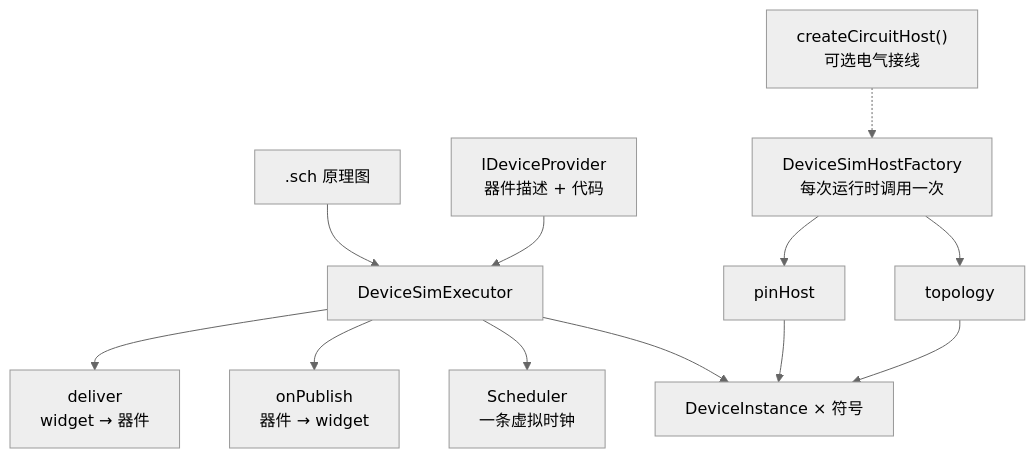
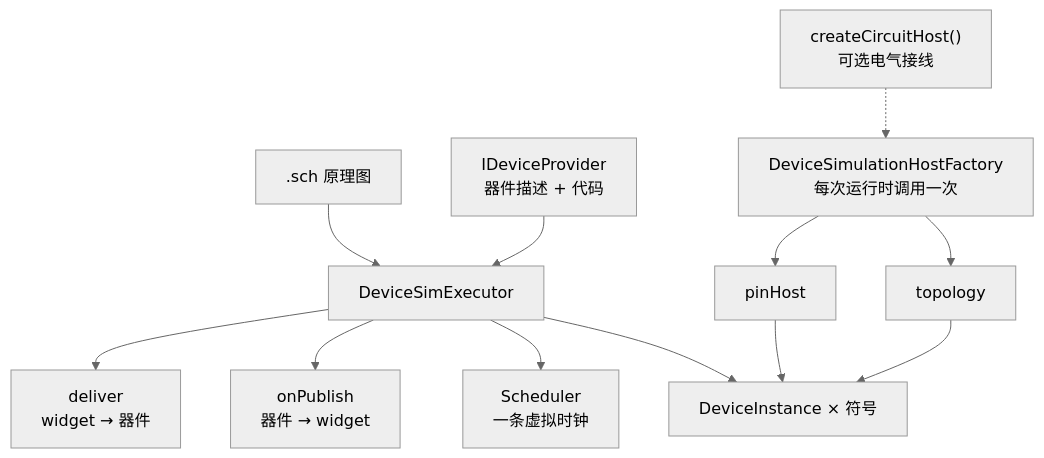
The first of 2 diagrams in packages/simulator/README.md (x-botlab/mica-js), drawn with Mermaid (neutral theme) before and after one commit. The commit also changed other lines of this file and 391 other files, not shown here.

````diff
--- a/packages/simulator/README.md
+++ b/packages/simulator/README.md
@@ -71,17 +159,17 @@
 ```mermaid
 flowchart TD
   sch[".sch 原理图"] --> exec["DeviceSimExecutor"]
   devices["IDeviceProvider<br/>器件描述 + 代码"] --> exec
 
   exec --> scheduler["Scheduler<br/>一条虚拟时钟"]
   exec --> instances["DeviceInstance × 符号"]
 
-  hostFactory["DeviceSimHostFactory<br/>每次运行时调用一次"] --> pinHost["pinHost"]
+  hostFactory["DeviceSimulationHostFactory<br/>每次运行时调用一次"] --> pinHost["pinHost"]
   hostFactory --> topology["topology"]
   pinHost --> instances
   topology --> instances
 
   exec --> onPublish["onPublish<br/>器件 → widget"]
   exec --> deliver["deliver<br/>widget → 器件"]
   circuit["createCircuitHost()<br/>可选电气接线"] -.-> hostFactory
 ```
````
